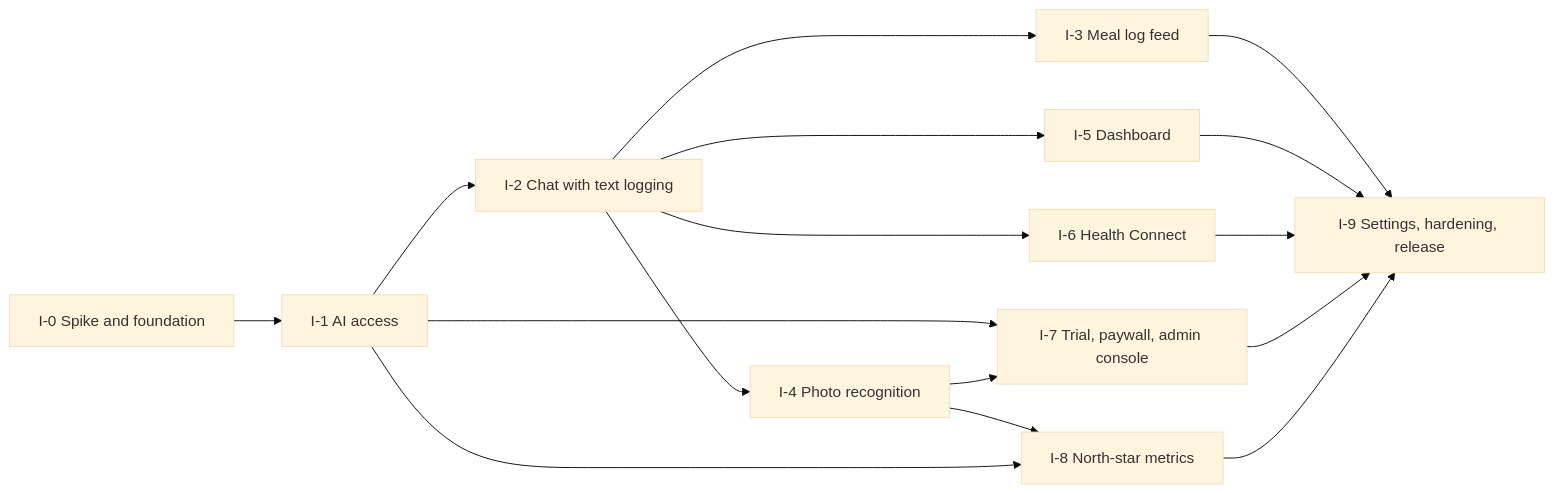
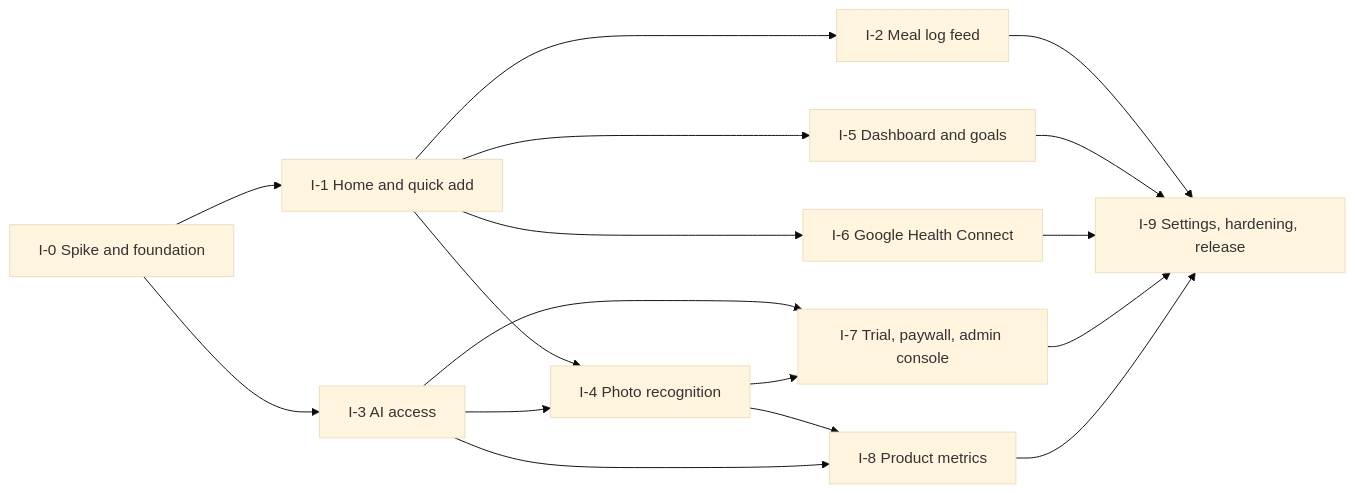
The third of 3 diagrams in docs/04_wbs_and_mvp_implementation_plan.md (sergeybelyuga-ops/snackshot), drawn with Mermaid (base theme) before and after one commit. The commit also changed other lines of this file and 28 other files, not shown here.

````diff
--- a/docs/04_wbs_and_mvp_implementation_plan.md
+++ b/docs/04_wbs_and_mvp_implementation_plan.md
@@ -261,18 +263,19 @@
 ```mermaid
 flowchart LR
-    I0[I-0 Spike and foundation] --> I1[I-1 AI access]
-    I1 --> I2[I-2 Chat with text logging]
-    I2 --> I3[I-3 Meal log feed]
-    I2 --> I4[I-4 Photo recognition]
-    I2 --> I5[I-5 Dashboard]
-    I2 --> I6[I-6 Health Connect]
-    I1 --> I7[I-7 Trial, paywall, admin console]
+    I0[I-0 Spike and foundation] --> I1[I-1 Home and quick add]
+    I1 --> I2[I-2 Meal log feed]
+    I0 --> I3[I-3 AI access]
+    I1 --> I4[I-4 Photo recognition]
+    I3 --> I4
+    I1 --> I5[I-5 Dashboard and goals]
+    I1 --> I6[I-6 Google Health Connect]
+    I3 --> I7[I-7 Trial, paywall, admin console]
     I4 --> I7
-    I4 --> I8[I-8 North-star metrics]
-    I1 --> I8
-    I3 --> I9[I-9 Settings, hardening, release]
+    I4 --> I8[I-8 Product metrics]
+    I3 --> I8
+    I2 --> I9[I-9 Settings, hardening, release]
     I5 --> I9
     I6 --> I9
     I7 --> I9
     I8 --> I9
 ```
````
